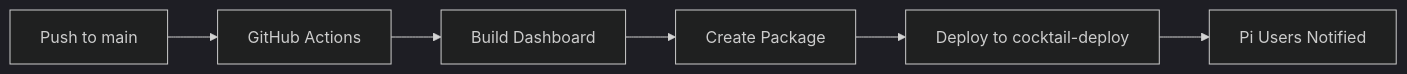
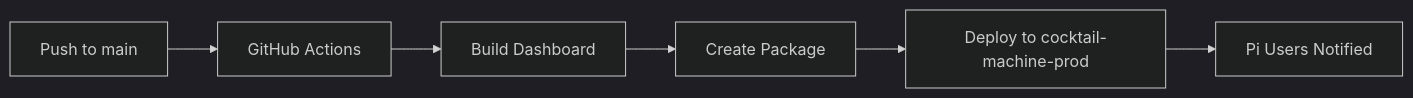
The diagram in TASK_1_COMPLETED.md (sebastienlepoder/cocktail-machine), drawn with Mermaid (dark theme) before and after one commit. The commit also changed other lines of this file and 25 other files, not shown here.

````diff
--- a/TASK_1_COMPLETED.md
+++ b/TASK_1_COMPLETED.md
@@ -48,8 +48,8 @@
 ```mermaid
 graph LR
     A[Push to main] --> B[GitHub Actions]
     B --> C[Build Dashboard]
     C --> D[Create Package]
-    D --> E[Deploy to cocktail-deploy]
+    D --> E[Deploy to cocktail-machine-prod]
     E --> F[Pi Users Notified]
 ```
````
